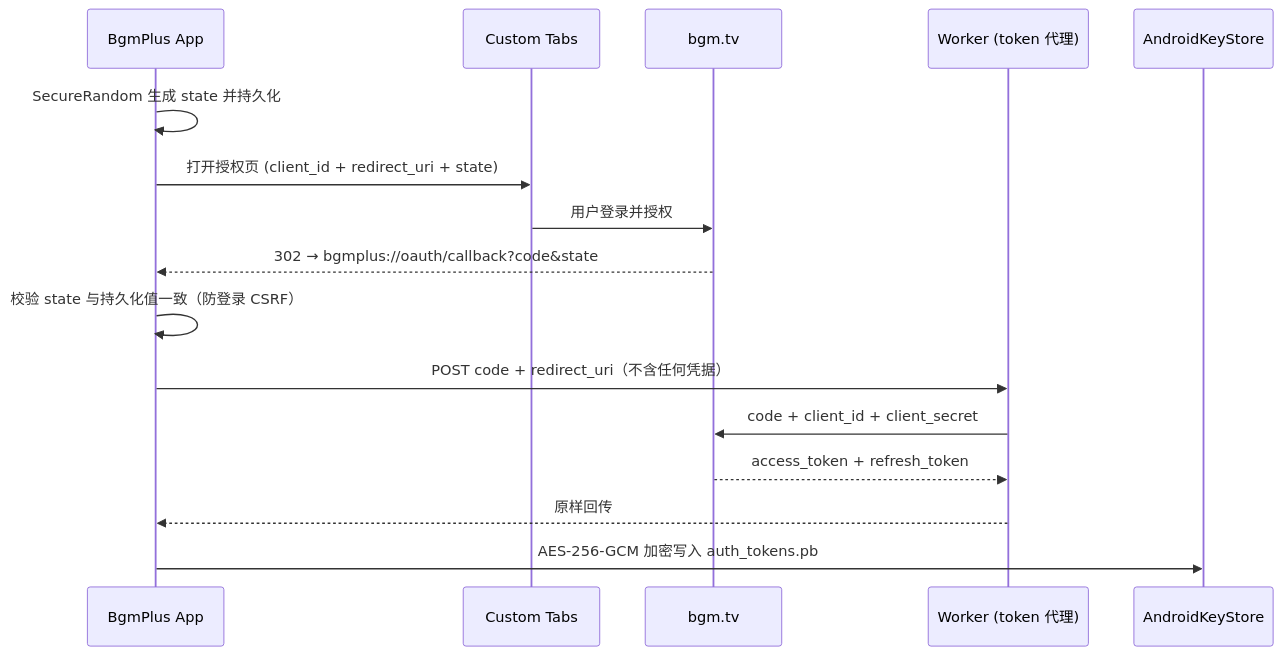
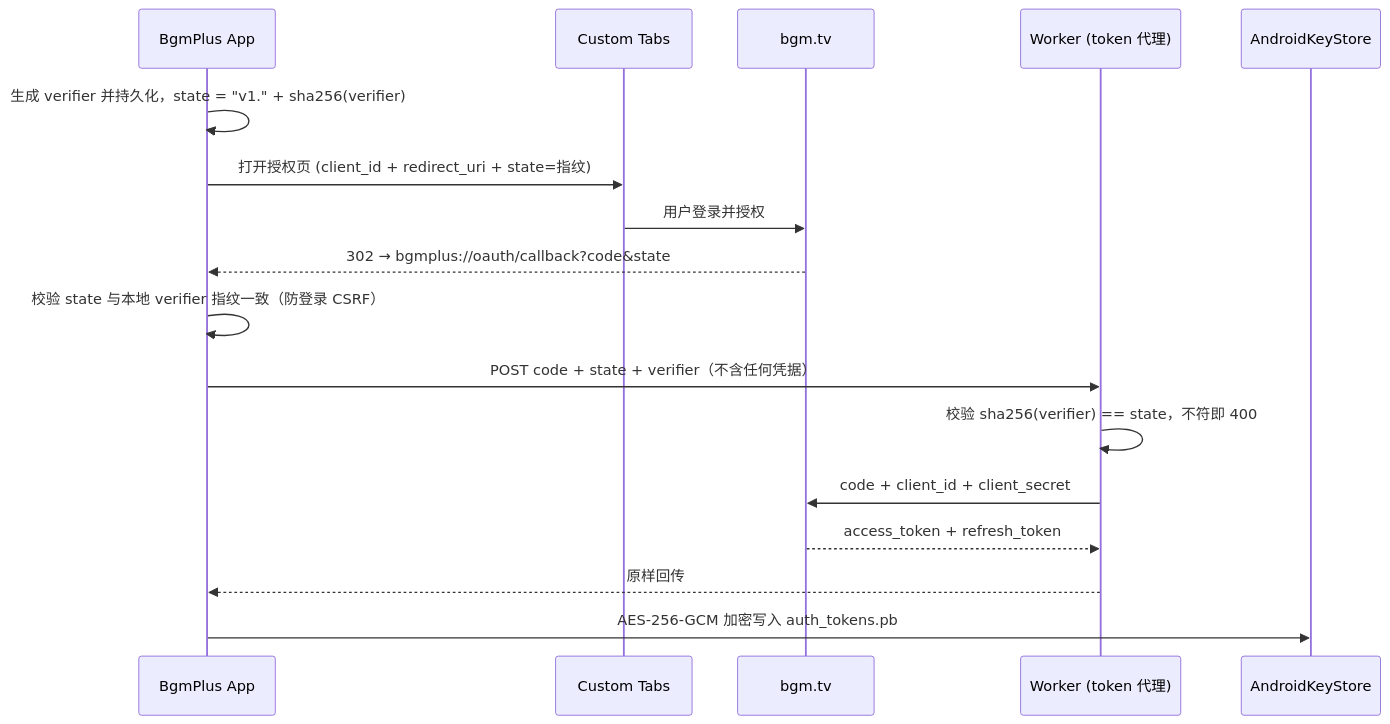
Before and after one commit to infinitezerone/BgmPlus: the second of 2 diagrams in README.md, drawn with Mermaid. The commit also changed other lines of this file and 1 other file, not shown here.

Commit message:
docs: record the verifier binding and the empty-source-set trap
Two documentation gaps would mislead future contributors and AI agents:

- README auth section still described the pre-verifier threat model
  ('callback interception evaluated and accepted') and a stale sequence
  diagram — it now documents the PKCE-equivalent binding, the corrected
  flow, and the actually-remaining (device-level) residual risk.
- AGENTS.md gained the 'Green != tested' rule from the androidUnitTest ->
  androidHostTest incident: a misnamed/empty test source set fails
  silently, so test-results XML must be checked after source-set changes.

````diff
--- a/README.md
+++ b/README.md
@@ -128,19 +128,20 @@
 ```mermaid
 sequenceDiagram
     participant App as BgmPlus App
     participant CT as Custom Tabs
     participant BG as bgm.tv
     participant W as Worker (token 代理)
     participant KS as AndroidKeyStore
 
-    App->>App: SecureRandom 生成 state 并持久化
-    App->>CT: 打开授权页 (client_id + redirect_uri + state)
+    App->>App: 生成 verifier 并持久化，state = "v1." + sha256(verifier)
+    App->>CT: 打开授权页 (client_id + redirect_uri + state=指纹)
     CT->>BG: 用户登录并授权
     BG-->>App: 302 → bgmplus://oauth/callback?code&state
-    App->>App: 校验 state 与持久化值一致（防登录 CSRF）
-    App->>W: POST code + redirect_uri（不含任何凭据）
+    App->>App: 校验 state 与本地 verifier 指纹一致（防登录 CSRF）
+    App->>W: POST code + state + verifier（不含任何凭据）
+    W->>W: 校验 sha256(verifier) == state，不符即 400
     W->>BG: code + client_id + client_secret
     BG-->>W: access_token + refresh_token
     W-->>App: 原样回传
     App->>KS: AES-256-GCM 加密写入 auth_tokens.pb
 ```
````
